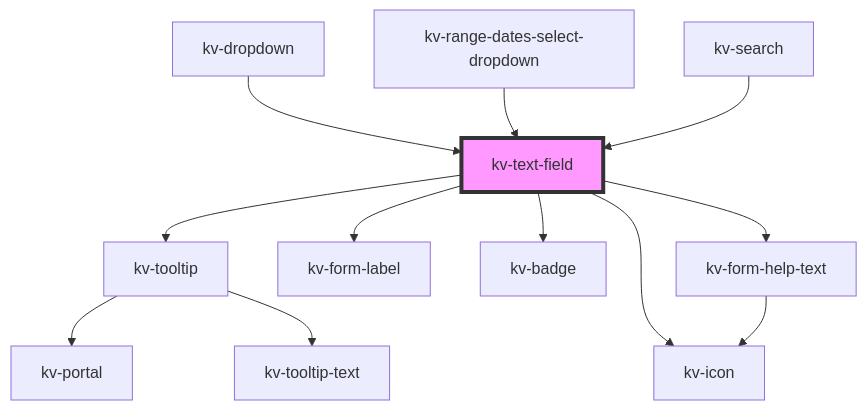
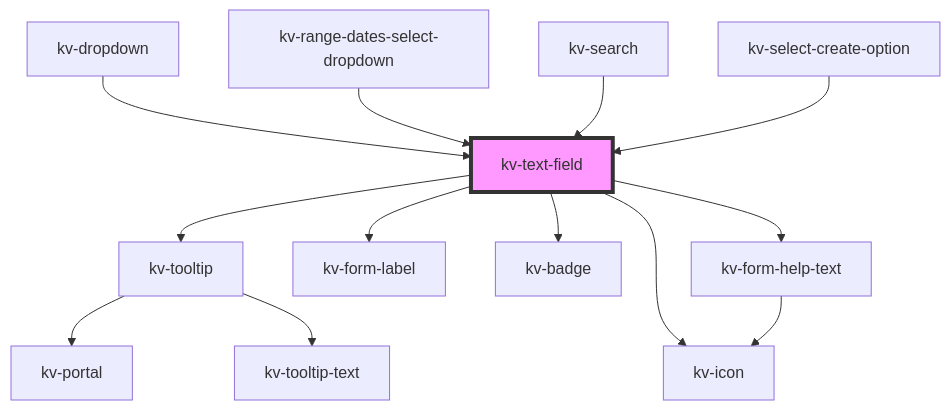
One commit to kelvininc/ui-components changed the diagram in packages/ui-components/src/components/text-field/readme.md. Above: the diagram before and after it, drawn with Mermaid. The commit also changed other lines of this file and 31 other files, not shown here.

Commit message:
feat(select): add create new option

````diff
--- a/packages/ui-components/src/components/text-field/readme.md
+++ b/packages/ui-components/src/components/text-field/readme.md
@@ -170,15 +187,16 @@
 ```mermaid
 graph TD;
   kv-text-field --> kv-tooltip
   kv-text-field --> kv-form-label
   kv-text-field --> kv-icon
   kv-text-field --> kv-badge
   kv-text-field --> kv-form-help-text
   kv-tooltip --> kv-portal
   kv-tooltip --> kv-tooltip-text
   kv-form-help-text --> kv-icon
   kv-dropdown --> kv-text-field
   kv-range-dates-select-dropdown --> kv-text-field
   kv-search --> kv-text-field
+  kv-select-create-option --> kv-text-field
   style kv-text-field fill:#f9f,stroke:#333,stroke-width:4px
 ```
````
